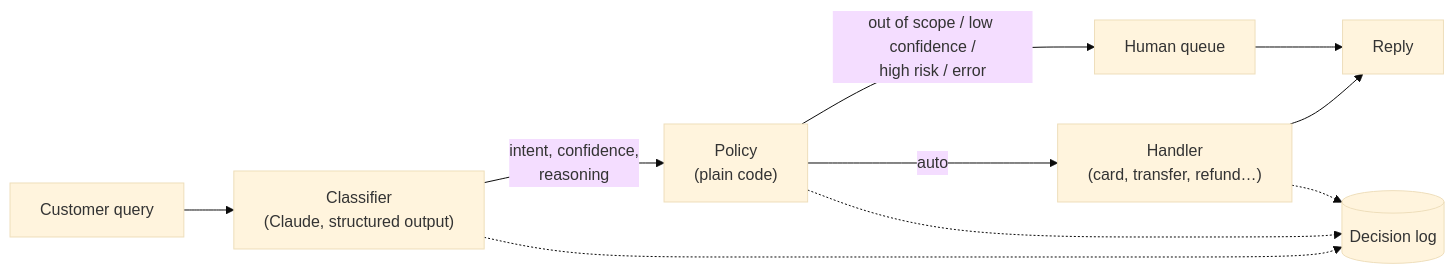
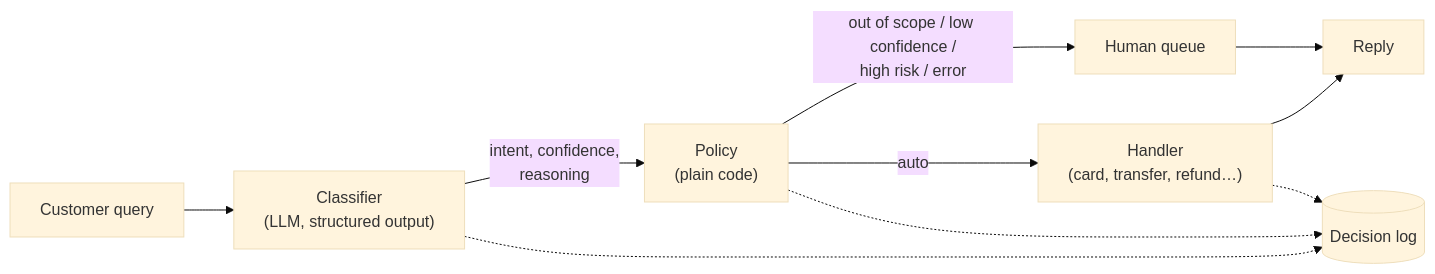
Before and after one commit to amankumarcode/switchboard: the diagram in README.md, drawn with Mermaid (base theme). The commit also changed other lines of this file, not shown here.

````diff
--- a/README.md
+++ b/README.md
@@ -13,12 +14,12 @@
 ```mermaid
 flowchart LR
-    Q[Customer query] --> C["Classifier<br/>(Claude, structured output)"]
+    Q[Customer query] --> C["Classifier<br/>(LLM, structured output)"]
     C -->|intent, confidence,<br/>reasoning| P["Policy<br/>(plain code)"]
     P -->|auto| H["Handler<br/>(card, transfer, refund…)"]
     P -->|out of scope / low confidence /<br/>high risk / error| HQ[Human queue]
     H --> R[Reply]
     HQ --> R
     C -.-> L[(Decision log)]
     P -.-> L
     H -.-> L
 ```
````
